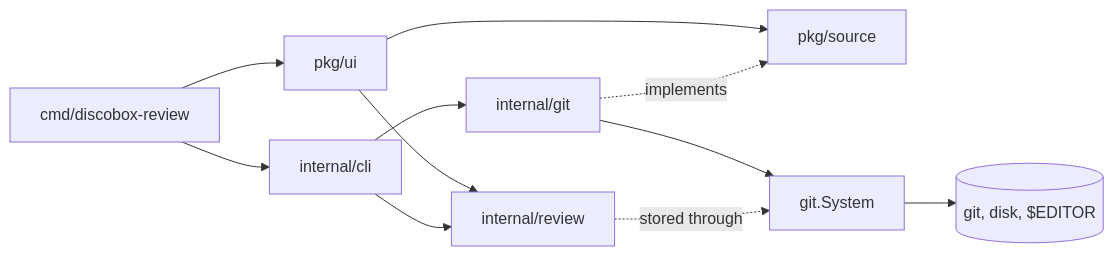
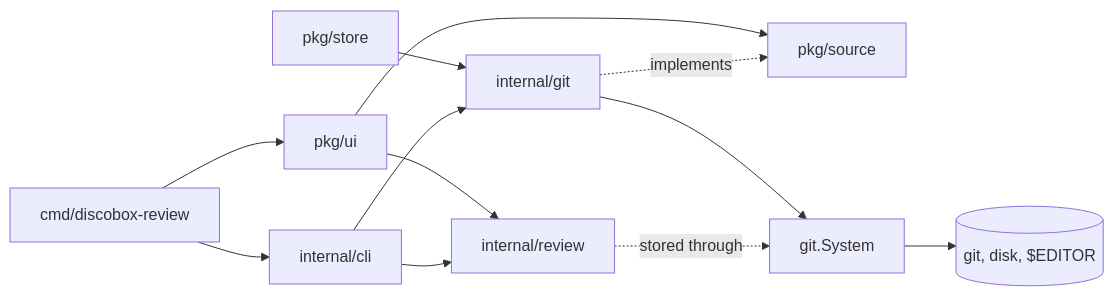
One commit to discobox-ai/review changed the diagram in DESIGN.md. Above: the diagram before and after it, drawn with Mermaid. The commit also changed other lines of this file and 11 other files, not shown here.

````diff
--- a/DESIGN.md
+++ b/DESIGN.md
@@ -7,13 +7,14 @@
 ```mermaid
 flowchart LR
     main[cmd/discobox-review] --> cli[internal/cli]
     main --> ui[pkg/ui]
     ui --> source[pkg/source]
     ui --> review[internal/review]
+    store[pkg/store] --> git
     cli --> git[internal/git]
     cli --> review
     git -. implements .-> source
     git --> sys[git.System]
     sys --> disk[(git, disk, $EDITOR)]
     review -. stored through .-> sys
 ```
````
